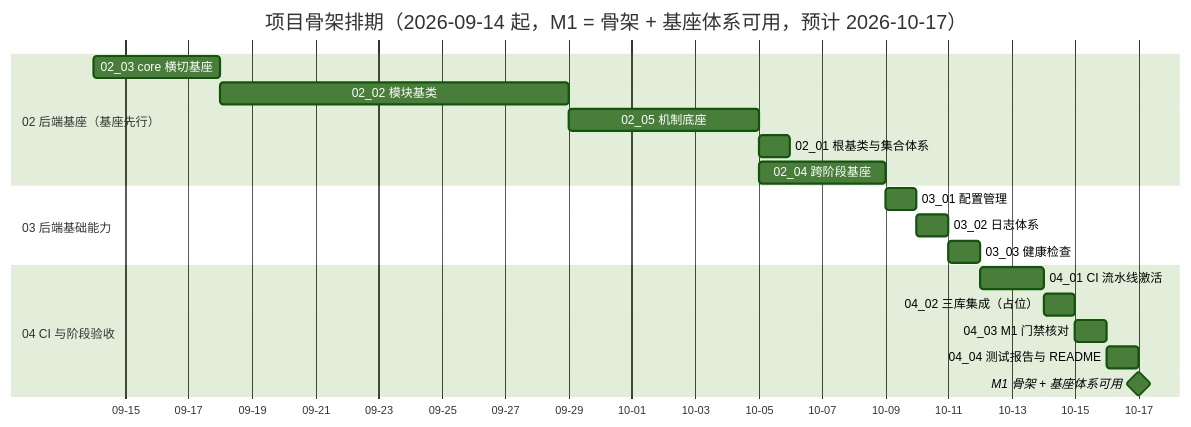
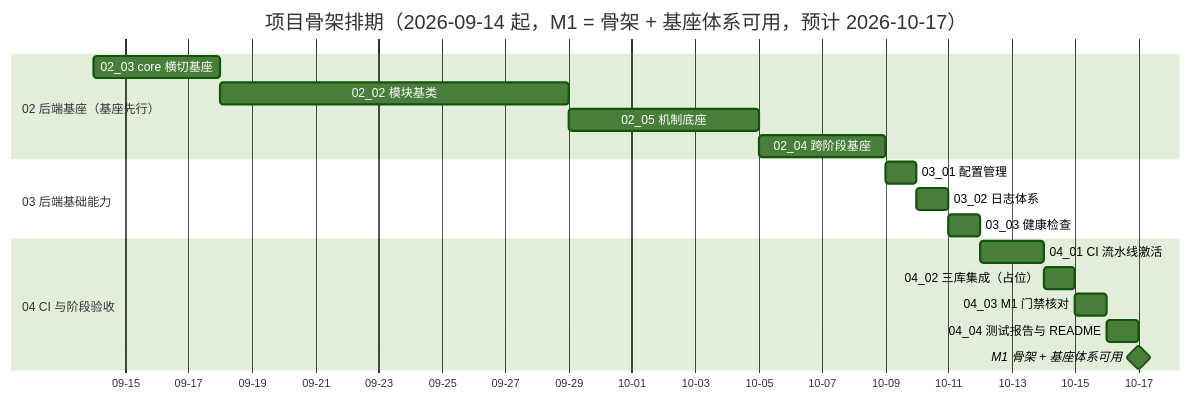
Before and after one commit to minjian123/basic-management-system: the diagram in bms文档/项目/01_项目骨架/计划/01_计划_项目骨架.md, drawn with Mermaid (forest theme). The commit also changed other lines of this file and 11 other files, not shown here.

````diff
--- a/bms文档/项目/01_项目骨架/计划/01_计划_项目骨架.md
+++ b/bms文档/项目/01_项目骨架/计划/01_计划_项目骨架.md
@@ -68,22 +68,21 @@
 ```mermaid
 gantt
     title 项目骨架排期（2026-09-14 起，M1 = 骨架 + 基座体系可用，预计 2026-10-17）
     dateFormat  YYYY-MM-DD
     axisFormat %m-%d
     section 02 后端基座（基座先行）
     02_03 core 横切基座    :a23, 2026-09-14, 4d
     02_02 模块基类         :a22, 2026-09-18, 11d
     02_05 机制底座         :a25, 2026-09-29, 6d
-    02_01 根基类与集合体系 :a21, 2026-10-05, 1d
     02_04 跨阶段基座       :a24, 2026-10-05, 4d
     section 03 后端基础能力
     03_01 配置管理         :a31, 2026-10-09, 1d
     03_02 日志体系         :a32, 2026-10-10, 1d
     03_03 健康检查         :a33, 2026-10-11, 1d
     section 04 CI 与阶段验收
     04_01 CI 流水线激活    :a41, 2026-10-12, 2d
     04_02 三库集成（占位） :a42, 2026-10-14, 1d
     04_03 M1 门禁核对      :a43, 2026-10-15, 1d
     04_04 测试报告与 README :a44, 2026-10-16, 1d
     M1 骨架 + 基座体系可用 :milestone, m1, 2026-10-17, 0d
 ```
````
